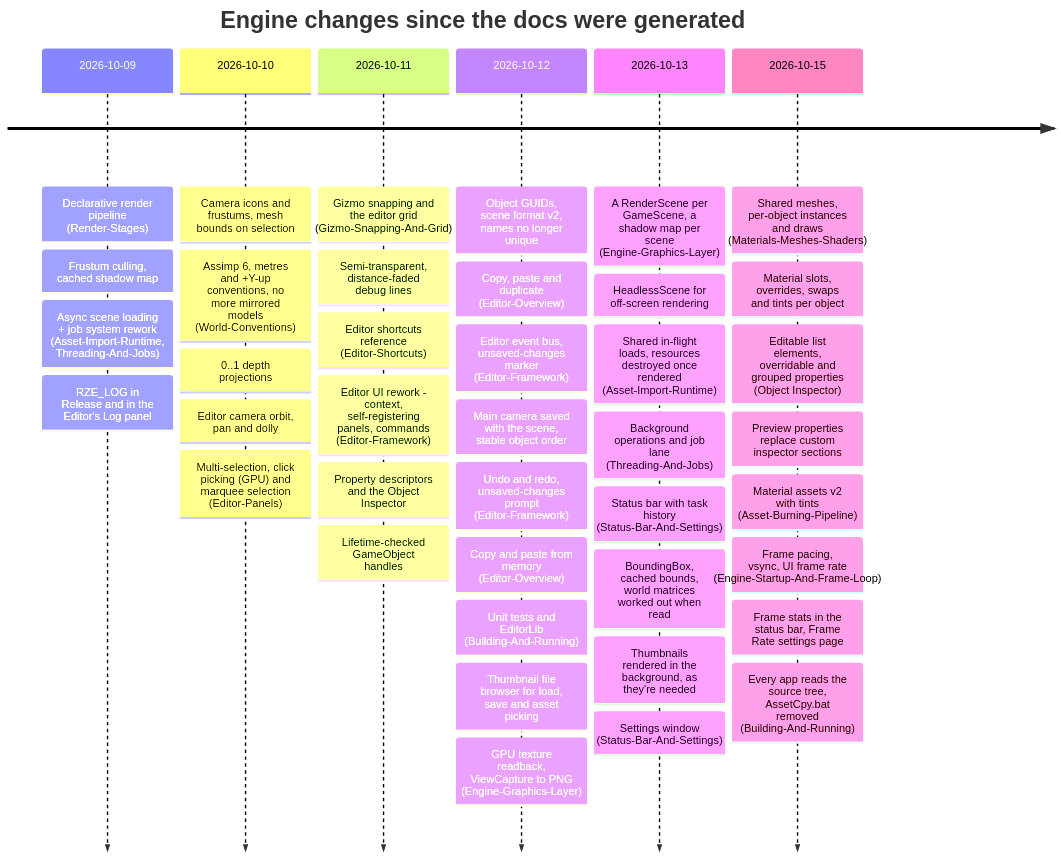
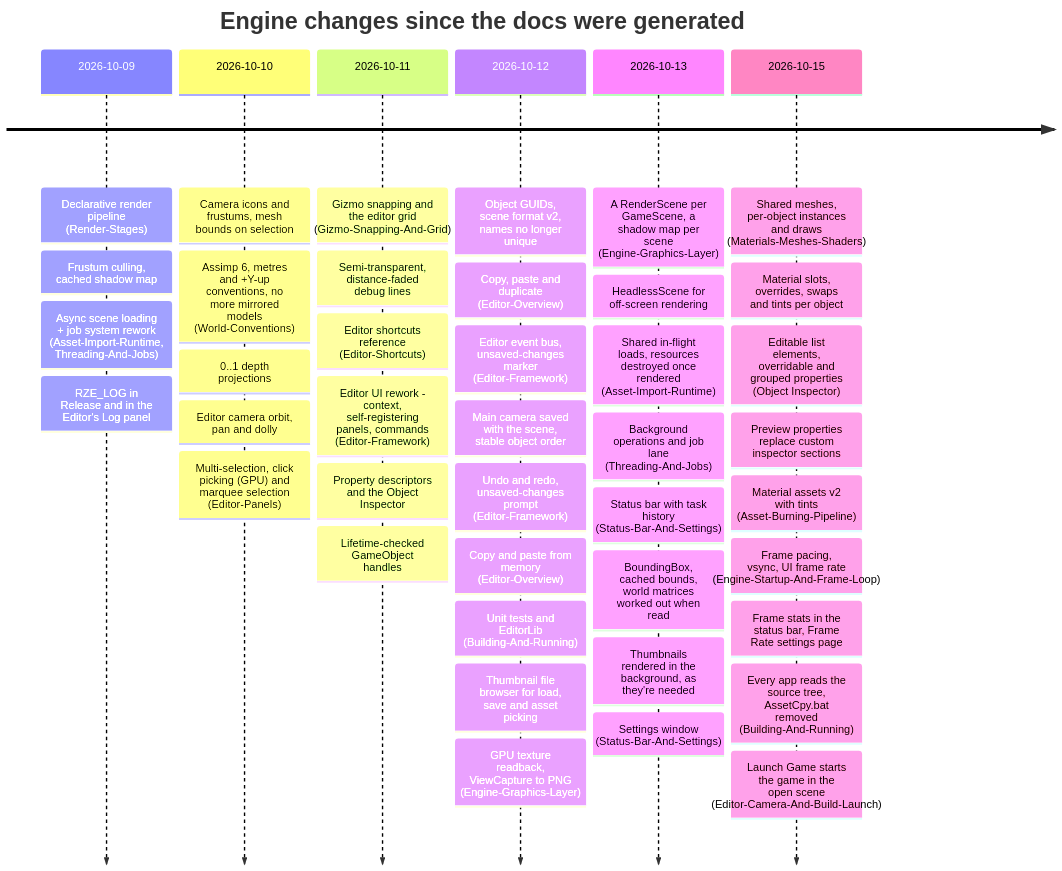
Before and after one commit to b1nary0/RZE: the third of 3 diagrams in Docs/Generated/Engine/index.md, drawn with Mermaid. The commit also changed other lines of this file and 5 other files, not shown here.

First line of the commit message:
Document launching the game into the scene that's open in the editor

````diff
--- a/Docs/Generated/Engine/index.md
+++ b/Docs/Generated/Engine/index.md
@@ -90,44 +90,45 @@
 ```mermaid
 timeline
     title Engine changes since the docs were generated
     2026-10-09 : Declarative render pipeline (Render-Stages)
                : Frustum culling, cached shadow map
                : Async scene loading + job system rework (Asset-Import-Runtime, Threading-And-Jobs)
                : RZE_LOG in Release and in the Editor's Log panel
     2026-10-10 : Camera icons and frustums, mesh bounds on selection
                : Assimp 6, metres and +Y-up conventions, no more mirrored models (World-Conventions)
                : 0..1 depth projections
                : Editor camera orbit, pan and dolly
                : Multi-selection, click picking (GPU) and marquee selection (Editor-Panels)
     2026-10-11 : Gizmo snapping and the editor grid (Gizmo-Snapping-And-Grid)
                : Semi-transparent, distance-faded debug lines
                : Editor shortcuts reference (Editor-Shortcuts)
                : Editor UI rework - context, self-registering panels, commands (Editor-Framework)
                : Property descriptors and the Object Inspector
                : Lifetime-checked GameObject handles
     2026-10-12 : Object GUIDs, scene format v2, names no longer unique
                : Copy, paste and duplicate (Editor-Overview)
                : Editor event bus, unsaved-changes marker (Editor-Framework)
                : Main camera saved with the scene, stable object order
                : Undo and redo, unsaved-changes prompt (Editor-Framework)
                : Copy and paste from memory (Editor-Overview)
                : Unit tests and EditorLib (Building-And-Running)
                : Thumbnail file browser for load, save and asset picking
                : GPU texture readback, ViewCapture to PNG (Engine-Graphics-Layer)
     2026-10-13 : A RenderScene per GameScene, a shadow map per scene (Engine-Graphics-Layer)
                : HeadlessScene for off-screen rendering
                : Shared in-flight loads, resources destroyed once rendered (Asset-Import-Runtime)
                : Background operations and job lane (Threading-And-Jobs)
                : Status bar with task history (Status-Bar-And-Settings)
                : BoundingBox, cached bounds, world matrices worked out when read
                : Thumbnails rendered in the background, as they're needed
                : Settings window (Status-Bar-And-Settings)
     2026-10-15 : Shared meshes, per-object instances and draws (Materials-Meshes-Shaders)
                : Material slots, overrides, swaps and tints per object
                : Editable list elements, overridable and grouped properties (Object Inspector)
                : Preview properties replace custom inspector sections
                : Material assets v2 with tints (Asset-Burning-Pipeline)
                : Frame pacing, vsync, UI frame rate (Engine-Startup-And-Frame-Loop)
                : Frame stats in the status bar, Frame Rate settings page
                : Every app reads the source tree, AssetCpy.bat removed (Building-And-Running)
+               : Launch Game starts the game in the open scene (Editor-Camera-And-Build-Launch)
 ```
````
